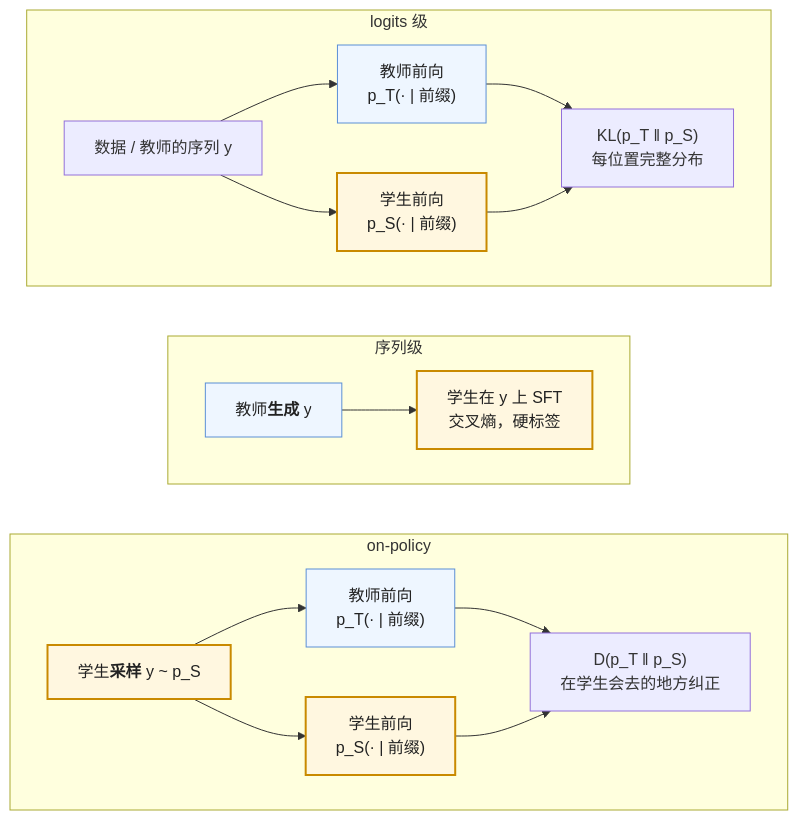
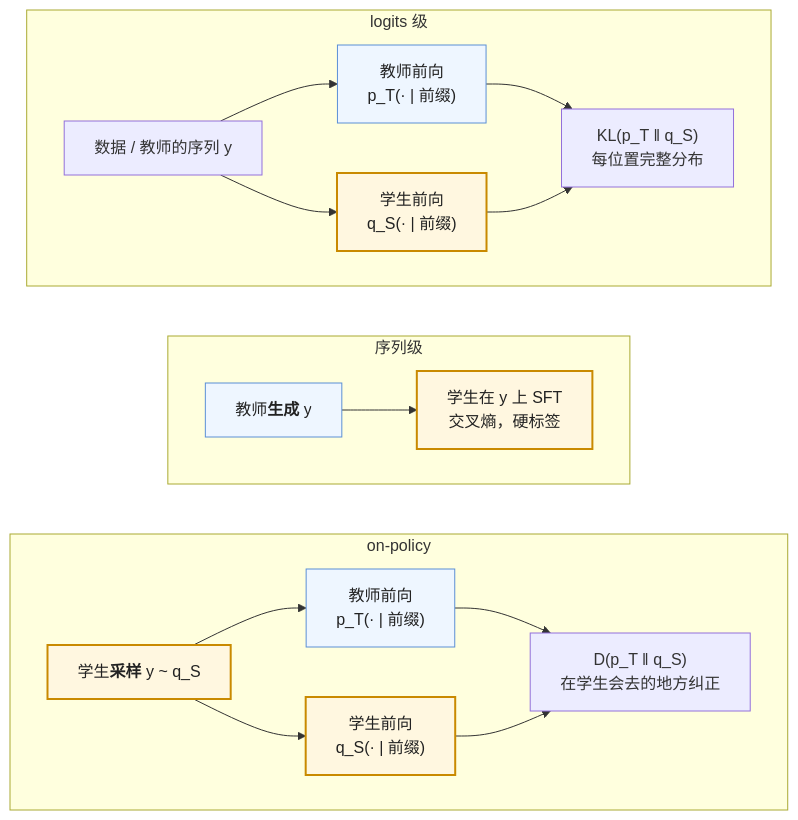
One commit to arganzheng/arganzheng.github.com changed the diagram in _posts/2026-04-22-knowledge-distillation-for-llms.md. Above: the diagram before and after it, drawn with Mermaid. The commit also changed other lines of this file and 2 other files, not shown here.

Commit message:
内容：蒸馏篇说清三种蒸馏与三种粒度的区别，扩写三种粒度和前向/反向 KL，加两张图

````diff
--- a/_posts/2026-04-22-knowledge-distillation-for-llms.md
+++ b/_posts/2026-04-22-knowledge-distillation-for-llms.md
@@ -33,35 +40,35 @@
 ```mermaid
 %%{init: {"flowchart": {"wrappingWidth": 170}}}%%
 %% 图：蒸馏的三种形态：logits 级、序列级、on-policy，差别只在序列谁生成、目标是硬标签还是教师分布
 flowchart TB
     %% 三个子图之间没有连线时 dagre 会把它们横排；用不可见边把三块叠成一列
     subgraph C["on-policy"]
-        CS["`学生**采样** y ~ p_S`"] --> CT["教师前向
+        CS["`学生**采样** y ~ q_S`"] --> CT["教师前向
 p_T(· | 前缀)"]
         CS --> CS2["学生前向
-p_S(· | 前缀)"]
-        CT --> CK["D(p_T ‖ p_S)
+q_S(· | 前缀)"]
+        CT --> CK["D(p_T ‖ q_S)
 在学生会去的地方纠正"]
         CS2 --> CK
     end
     subgraph B["序列级"]
         BT["`教师**生成** y`"] --> BS["学生在 y 上 SFT
 交叉熵，硬标签"]
     end
     subgraph A["logits 级"]
         A1["数据 / 教师的序列 y"] --> AT["教师前向
 p_T(· | 前缀)"]
         A1 --> AS["学生前向
-p_S(· | 前缀)"]
-        AT --> AK["KL(p_T ‖ p_S)
+q_S(· | 前缀)"]
+        AT --> AK["KL(p_T ‖ q_S)
 每位置完整分布"]
         AS --> AK
     end
 
     A ~~~ B ~~~ C
 
     classDef teacher fill:#eef6ff,stroke:#5b8fd6,color:#222
     classDef student fill:#fff7e0,stroke:#c98a00,stroke-width:2px,color:#222
     class AT,BT,CT teacher
     class AS,BS,CS,CS2 student
 ```
````
